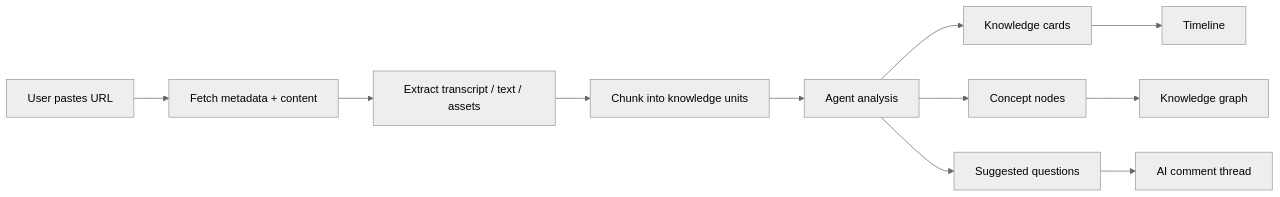
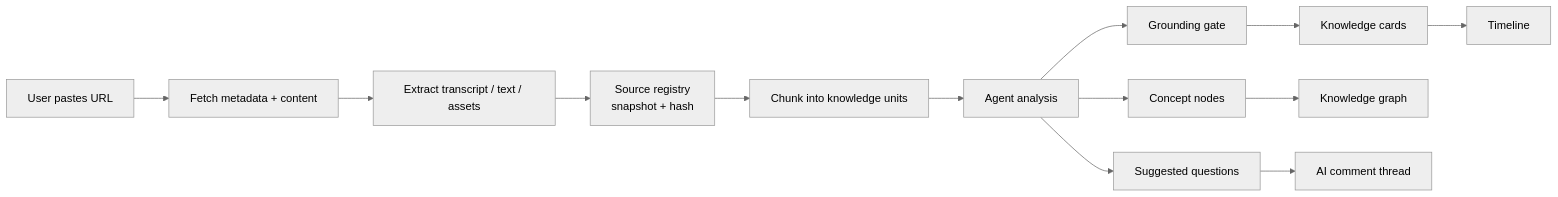
One commit to MaxGzLi/AItimeline changed the diagram in docs/knowledge-transformation.md. Above: the diagram before and after it, drawn with Mermaid (neutral theme). The commit also changed other lines of this file and 11 other files, not shown here.

Commit message:
Add source registry and grounding gate

````diff
--- a/docs/knowledge-transformation.md
+++ b/docs/knowledge-transformation.md
@@ -15,13 +15,15 @@
 ```mermaid
 flowchart LR
   URL["User pastes URL"] --> Fetch["Fetch metadata + content"]
   Fetch --> Extract["Extract transcript / text / assets"]
-  Extract --> Chunk["Chunk into knowledge units"]
+  Extract --> Registry["Source registry\nsnapshot + hash"]
+  Registry --> Chunk["Chunk into knowledge units"]
   Chunk --> Analyze["Agent analysis"]
-  Analyze --> Cards["Knowledge cards"]
+  Analyze --> Grounding["Grounding gate"]
+  Grounding --> Cards["Knowledge cards"]
   Analyze --> Concepts["Concept nodes"]
   Analyze --> Questions["Suggested questions"]
   Cards --> Timeline["Timeline"]
   Concepts --> Graph["Knowledge graph"]
   Questions --> AIChat["AI comment thread"]
 ```
````
